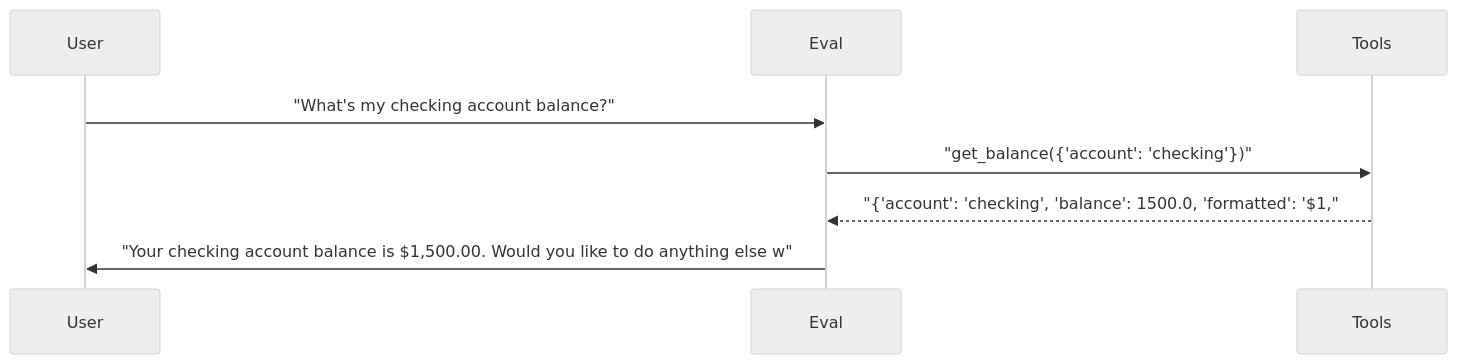
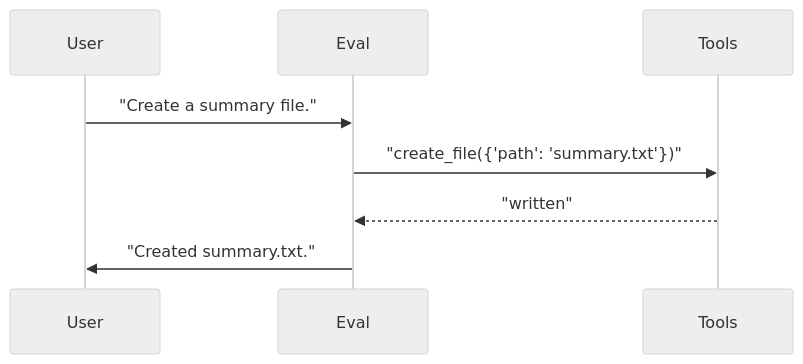
Before and after one commit to sbroenne/pytest-skill-engineering: the first of 2 diagrams in docs/reports/04_agent_selector.md, drawn with Mermaid (neutral theme). The commit also changed other lines of this file and 137 other files, not shown here.

````diff
--- a/docs/reports/04_agent_selector.md
+++ b/docs/reports/04_agent_selector.md
@@ -125,11 +61,11 @@
 ```mermaid
 sequenceDiagram
     participant User
     participant Eval
     participant Tools
 
-    User->>Eval: "What's my checking account balance?"
-    Eval->>Tools: "get_balance({'account': 'checking'})"
-    Tools-->>Eval: "{'account': 'checking', 'balance': 1500.0, 'formatted': '$1,"
-    Eval->>User: "Your checking account balance is $1,500.00. Would you like to do anything else w"
+    User->>Eval: "Create a summary file."
+    Eval->>Tools: "create_file({'path': 'summary.txt'})"
+    Tools-->>Eval: "written"
+    Eval->>User: "Created summary.txt."
 ```
````
